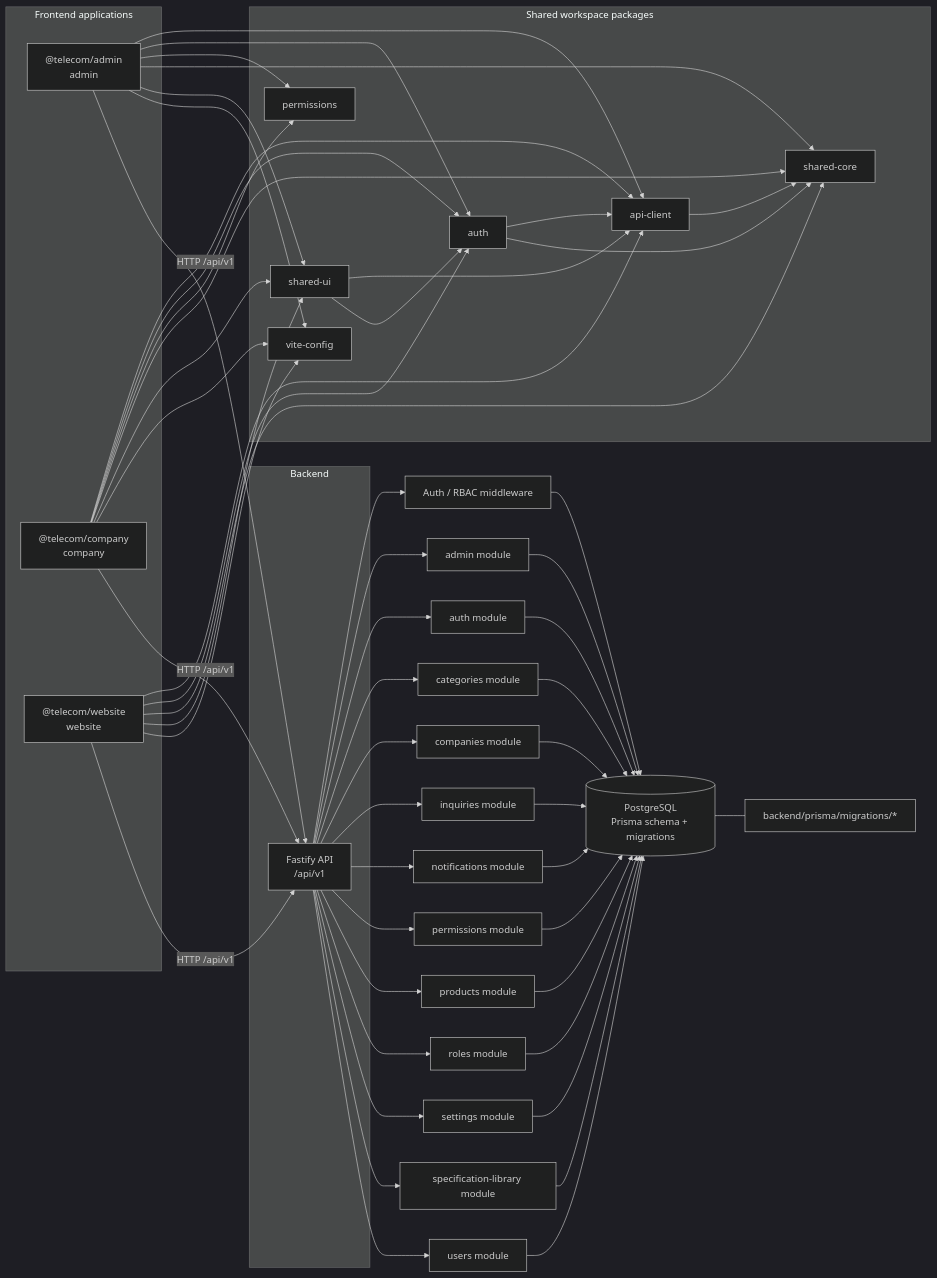
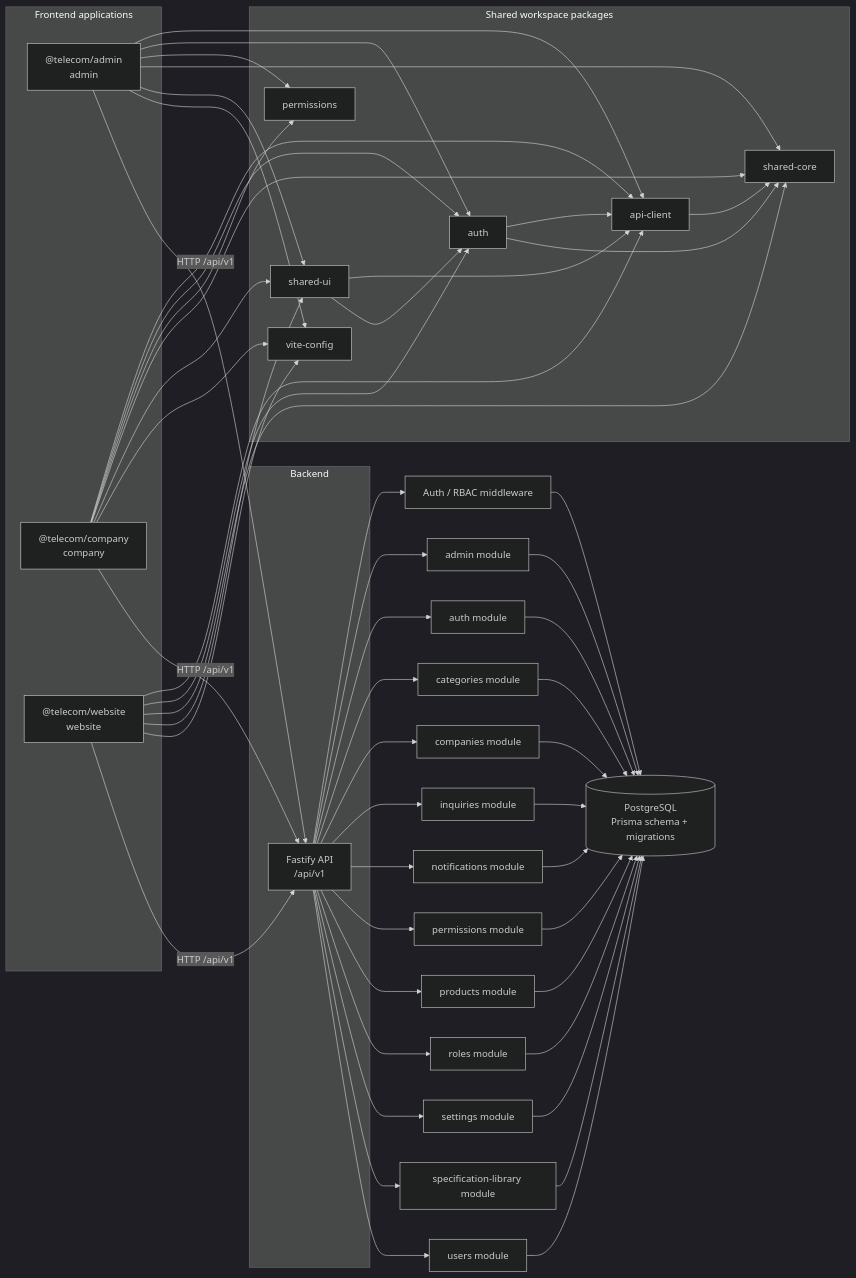
Before and after one commit to gameacc2025/martest: the diagram in docs/architecture/DEPENDENCY_GRAPH.generated.mmd, drawn with Mermaid (dark theme).

Commit message:
fix: align generated architecture graph ordering

```diff
--- a/docs/architecture/DEPENDENCY_GRAPH.generated.mmd
+++ b/docs/architecture/DEPENDENCY_GRAPH.generated.mmd
@@ -1,72 +1,71 @@
 %% GENERATED FILE. Do not edit by hand.
 %% Run: node scripts/generate-architecture-graph.mjs --write
 flowchart LR
   subgraph apps["Frontend applications"]
     admin["@telecom/admin<br/>admin"]
     company["@telecom/company<br/>company"]
     website["@telecom/website<br/>website"]
   end
   subgraph shared["Shared workspace packages"]
     api_client["api-client"]
     auth["auth"]
     permissions["permissions"]
     shared_core["shared-core"]
     shared_ui["shared-ui"]
     vite_config["vite-config"]
   end
   subgraph backend["Backend"]
     api["Fastify API<br/>/api/v1"]
   end
   db[("PostgreSQL<br/>Prisma schema + migrations")]
   admin --> api_client
   admin --> auth
   admin --> permissions
   admin --> shared_core
   admin --> shared_ui
   admin --> vite_config
   company --> api_client
   company --> auth
   company --> permissions
   company --> shared_core
   company --> shared_ui
   company --> vite_config
   website --> api_client
   website --> auth
   website --> shared_core
   website --> shared_ui
   website --> vite_config
   api_client --> shared_core
   auth --> api_client
   auth --> shared_core
   shared_ui --> api_client
   shared_ui --> auth
+  admin -->|HTTP /api/v1| api
+  company -->|HTTP /api/v1| api
   website -->|HTTP /api/v1| api
-  company -->|HTTP /api/v1| api
-  admin -->|HTTP /api/v1| api
   api --> rbac["Auth / RBAC middleware"]
   api --> mod_admin["admin module"]
   api --> mod_auth["auth module"]
   api --> mod_categories["categories module"]
   api --> mod_companies["companies module"]
   api --> mod_inquiries["inquiries module"]
   api --> mod_notifications["notifications module"]
   api --> mod_permissions["permissions module"]
   api --> mod_products["products module"]
   api --> mod_roles["roles module"]
   api --> mod_settings["settings module"]
   api --> mod_specification_library["specification-library module"]
   api --> mod_users["users module"]
   rbac --> db
   mod_admin --> db
   mod_auth --> db
   mod_categories --> db
   mod_companies --> db
   mod_inquiries --> db
   mod_notifications --> db
   mod_permissions --> db
   mod_products --> db
   mod_roles --> db
   mod_settings --> db
   mod_specification_library --> db
   mod_users --> db
-  db --- migrations["backend/prisma/migrations/*"]
```
